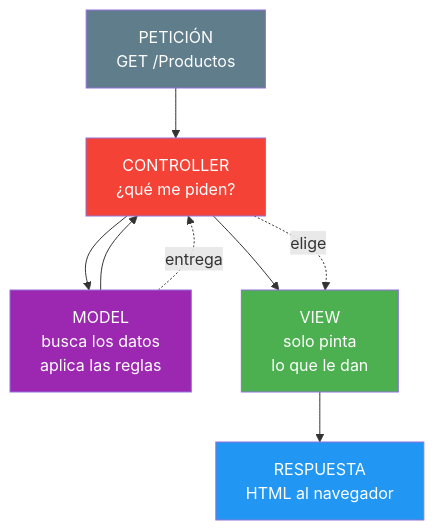
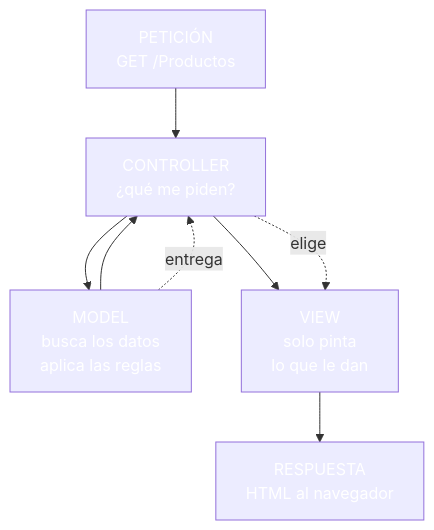
One commit to joseluisgs/DesarrolloWebEntornosServidor-03-2026-2027 changed the second of 5 diagrams in 07-mvc-arquitectura.md. Above: the diagram before and after it, drawn with Mermaid. The commit also changed other lines of this file and 30 other files, not shown here.

````diff
--- a/07-mvc-arquitectura.md
+++ b/07-mvc-arquitectura.md
@@ -143,17 +143,17 @@
 ```mermaid
 graph TD
     A["PETICIÓN<br/>GET /Productos"] --> C["CONTROLLER<br/>¿qué me piden?"]
     C --> M["MODEL<br/>busca los datos<br/>aplica las reglas"]
     M --> C
     C --> V["VIEW<br/>solo pinta<br/>lo que le dan"]
     V --> R["RESPUESTA<br/>HTML al navegador"]
 
     C -.->|"elige"| V
     M -.->|"entrega"| C
 
-    style A fill:#607D8B,color:#fff
-    style C fill:#f44336,color:#fff
-    style M fill:#9C27B0,color:#fff
-    style V fill:#4CAF50,color:#fff
-    style R fill:#2196F3,color:#fff
+    style A fill:#607D8,color:#fffB,color:#fff
+    style C fill:#f4433,color:#fff6,color:#fff
+    style M fill:#9C27B,color:#fff0,color:#fff
+    style V fill:#4CAF5,color:#fff0,color:#fff
+    style R fill:#2196F,color:#fff3,color:#fff
 ```
````
